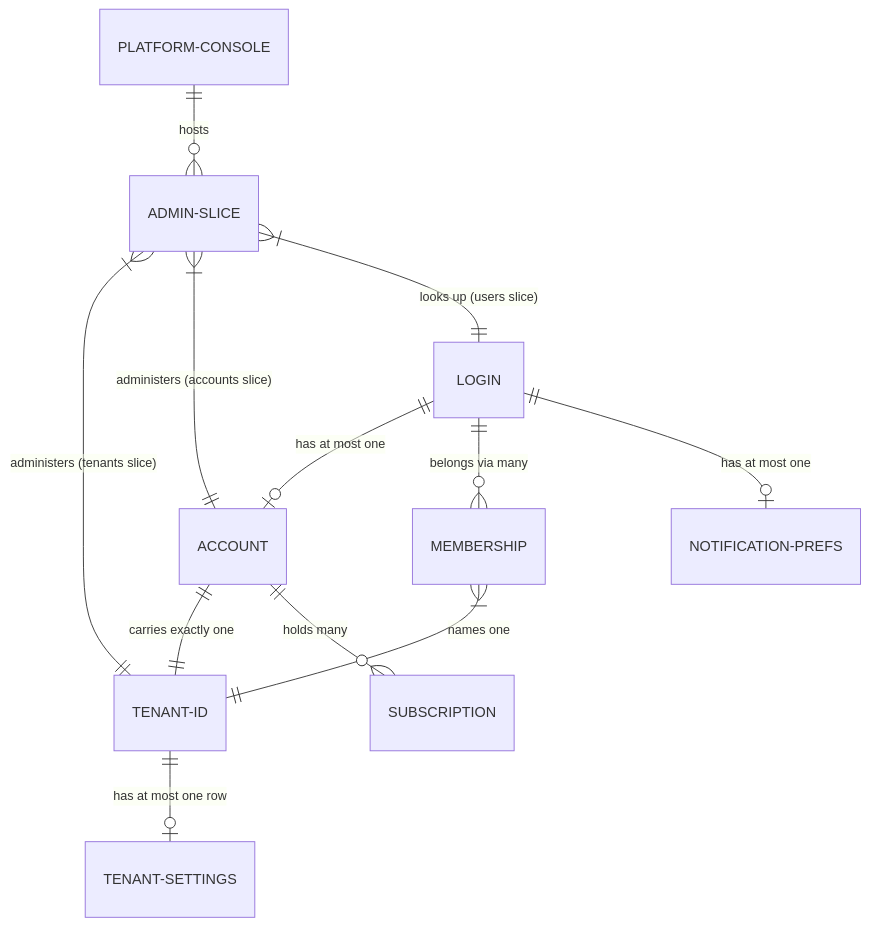
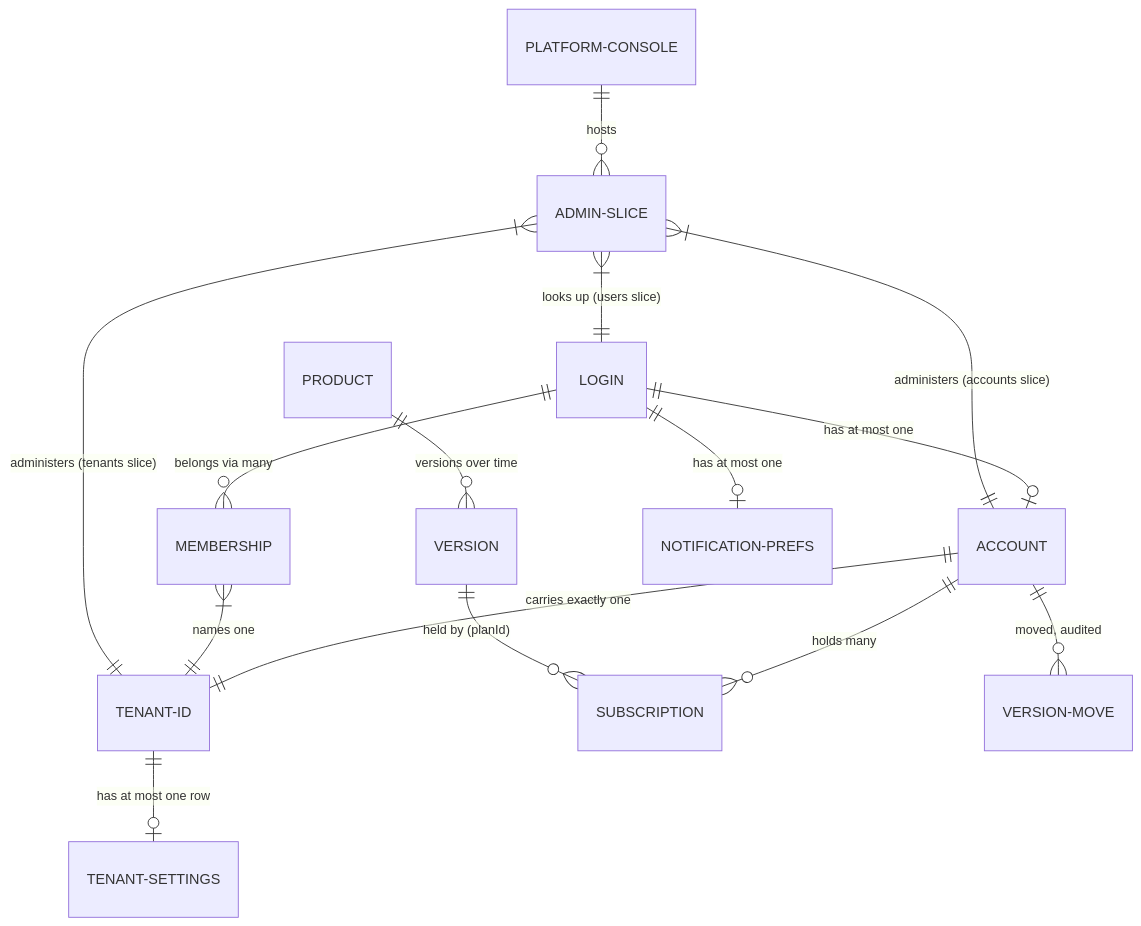
The first of 3 diagrams in docs/architecture/business/platform-entity-capability-map.md (Qunsultant/cfagent), drawn with Mermaid before and after one commit. The commit also changed other lines of this file and 24 other files, not shown here.

````diff
--- a/docs/architecture/business/platform-entity-capability-map.md
+++ b/docs/architecture/business/platform-entity-capability-map.md
@@ -62,14 +79,17 @@
 ```mermaid
 erDiagram
     LOGIN ||--o| ACCOUNT : "has at most one"
     ACCOUNT ||--|| TENANT-ID : "carries exactly one"
     LOGIN ||--o{ MEMBERSHIP : "belongs via many"
     MEMBERSHIP }|--|| TENANT-ID : "names one"
     ACCOUNT ||--o{ SUBSCRIPTION : "holds many"
+    PRODUCT ||--o{ VERSION : "versions over time"
+    VERSION ||--o{ SUBSCRIPTION : "held by (planId)"
+    ACCOUNT ||--o{ VERSION-MOVE : "moved, audited"
     LOGIN ||--o| NOTIFICATION-PREFS : "has at most one"
     TENANT-ID ||--o| TENANT-SETTINGS : "has at most one row"
     PLATFORM-CONSOLE ||--o{ ADMIN-SLICE : "hosts"
     ADMIN-SLICE }|--|| TENANT-ID : "administers (tenants slice)"
     ADMIN-SLICE }|--|| ACCOUNT : "administers (accounts slice)"
     ADMIN-SLICE }|--|| LOGIN : "looks up (users slice)"
 ```
````
